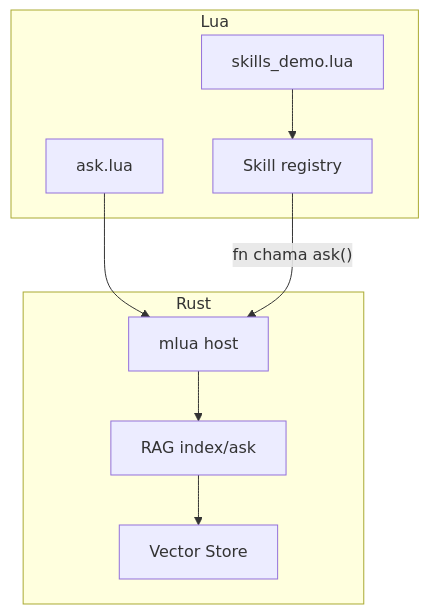
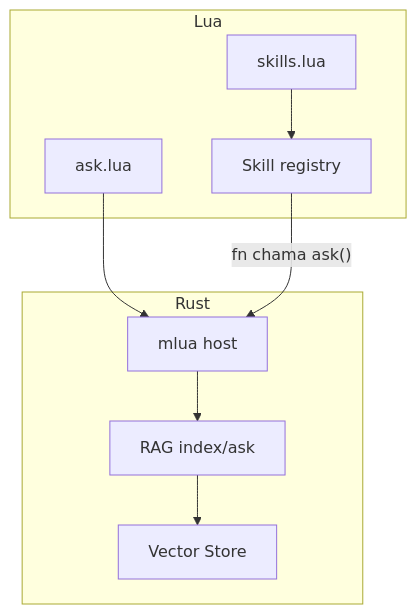
One commit to silvalnk/ai-memo-assist-cli changed the diagram in .specify/plan.md. Above: the diagram before and after it, drawn with Mermaid. The commit also changed other lines of this file and 9 other files, not shown here.

````diff
--- a/.specify/plan.md
+++ b/.specify/plan.md
@@ -30,18 +30,18 @@
 ```mermaid
 flowchart TB
     subgraph rustCore [Rust]
         Store[Vector Store]
         Rag[RAG index/ask]
         LuaHost[mlua host]
     end
     subgraph luaLayer [Lua]
         AskScript[ask.lua]
-        SkillScript[skills_demo.lua]
+        SkillScript[skills.lua]
         Skills[Skill registry]
     end
     AskScript --> LuaHost
     SkillScript --> Skills
     Skills -->|"fn chama ask()"| LuaHost
     LuaHost --> Rag
     Rag --> Store
 ```
````
